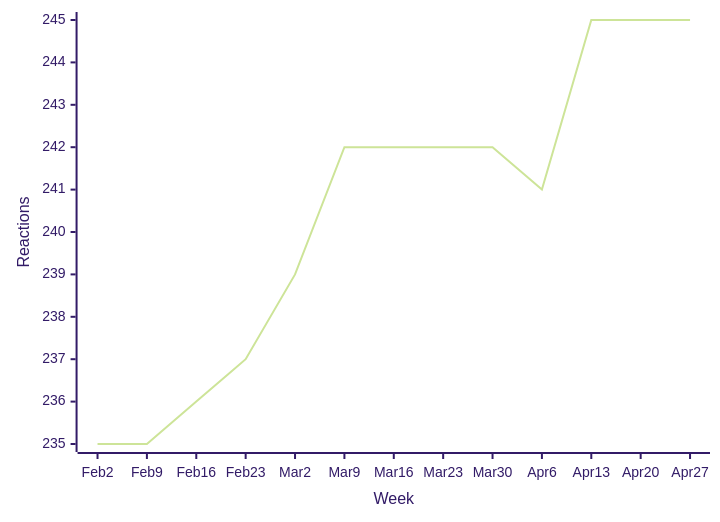
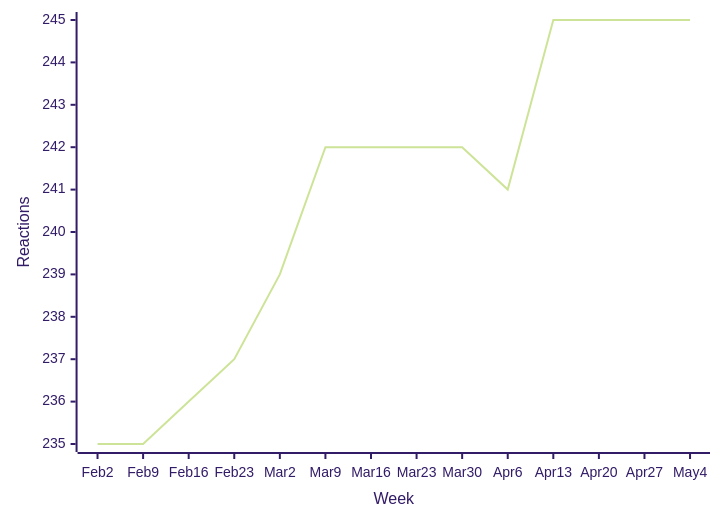
Diagram 16 of 56 in README.md (loic-sharma/github-insights), drawn with Mermaid (forest theme) before and after one commit. The commit also changed other lines of this file and 3 other files, not shown here.

````diff
--- a/README.md
+++ b/README.md
@@ -594,6 +594,6 @@
   ```mermaid
   xychart-beta
-    x-axis "Week" [Feb 2, Feb 9, Feb 16, Feb 23, Mar 2, Mar 9, Mar 16, Mar 23, Mar 30, Apr 6, Apr 13, Apr 20, Apr 27]
+    x-axis "Week" [Feb 2, Feb 9, Feb 16, Feb 23, Mar 2, Mar 9, Mar 16, Mar 23, Mar 30, Apr 6, Apr 13, Apr 20, Apr 27, May 4]
     y-axis "Reactions"
-    line [235, 235, 236, 237, 239, 242, 242, 242, 242, 241, 245, 245, 245]
+    line [235, 235, 236, 237, 239, 242, 242, 242, 242, 241, 245, 245, 245, 245]
   ```
````
